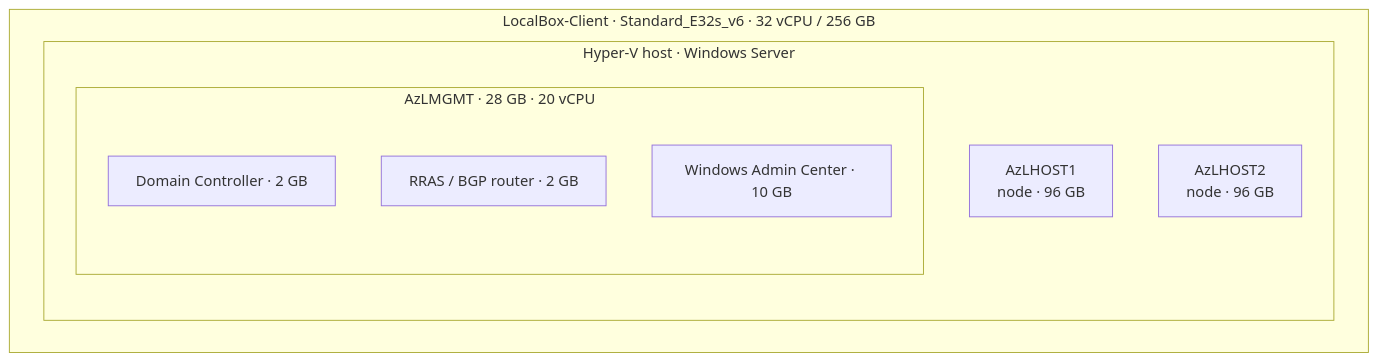
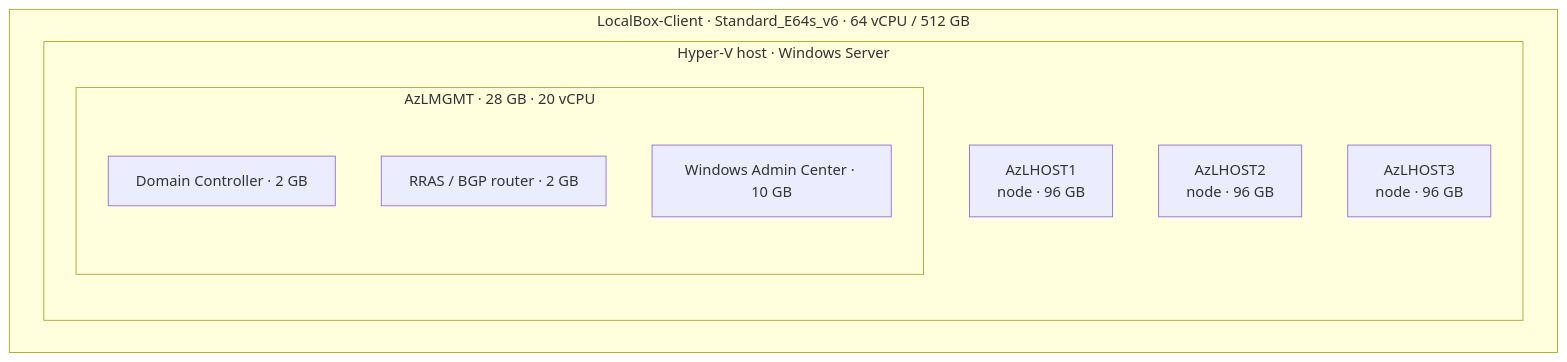
The diagram in docs/sizing-guidance.md (jonathan-vella/apex-localops), drawn with Mermaid before and after one commit. The commit also changed other lines of this file and 4 other files, not shown here.

````diff
--- a/docs/sizing-guidance.md
+++ b/docs/sizing-guidance.md
@@ -57,14 +67,15 @@
 ```mermaid
 graph TB
-    subgraph VM["LocalBox-Client · Standard_E32s_v6 · 32 vCPU / 256 GB"]
+    subgraph VM["LocalBox-Client · Standard_E64s_v6 · 64 vCPU / 512 GB"]
         subgraph HV["Hyper-V host · Windows Server"]
             H1["AzLHOST1<br/>node · 96 GB"]
             H2["AzLHOST2<br/>node · 96 GB"]
+            H3["AzLHOST3<br/>node · 96 GB"]
             subgraph MGMT["AzLMGMT · 28 GB · 20 vCPU"]
                 DC["Domain Controller · 2 GB"]
                 RR["RRAS / BGP router · 2 GB"]
                 WAC["Windows Admin Center · 10 GB"]
             end
         end
     end
 ```
````
